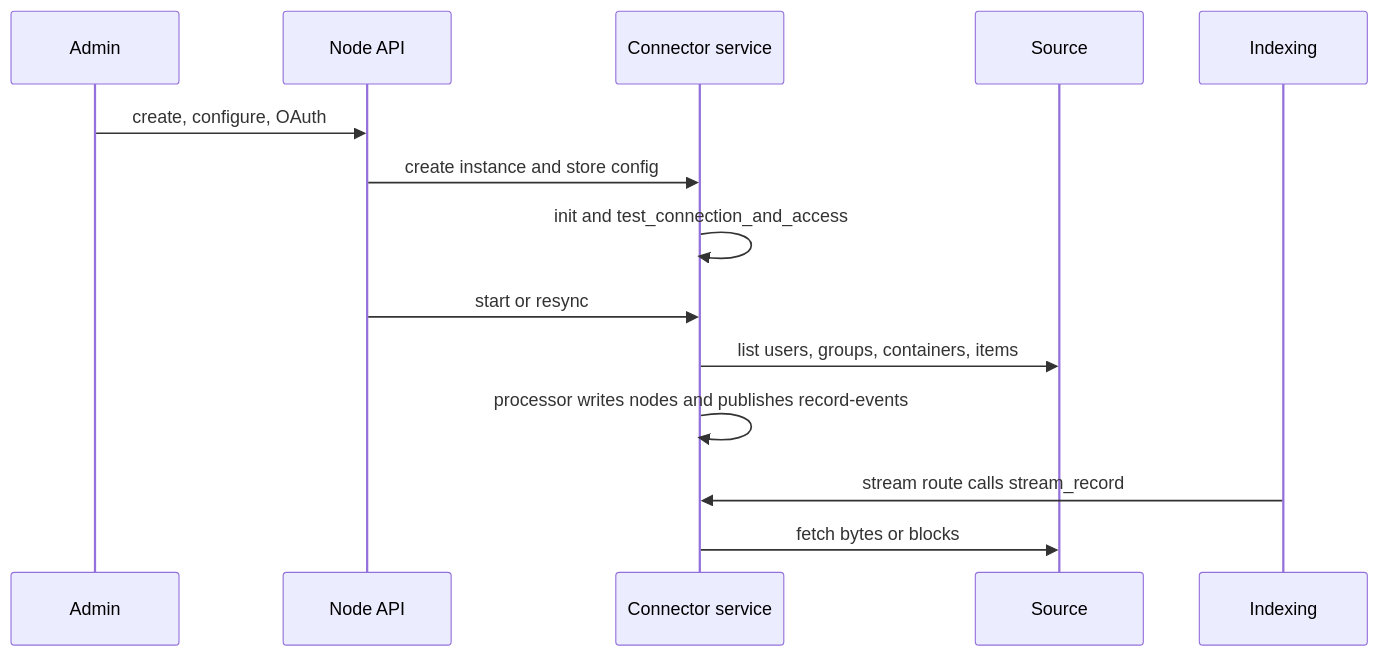
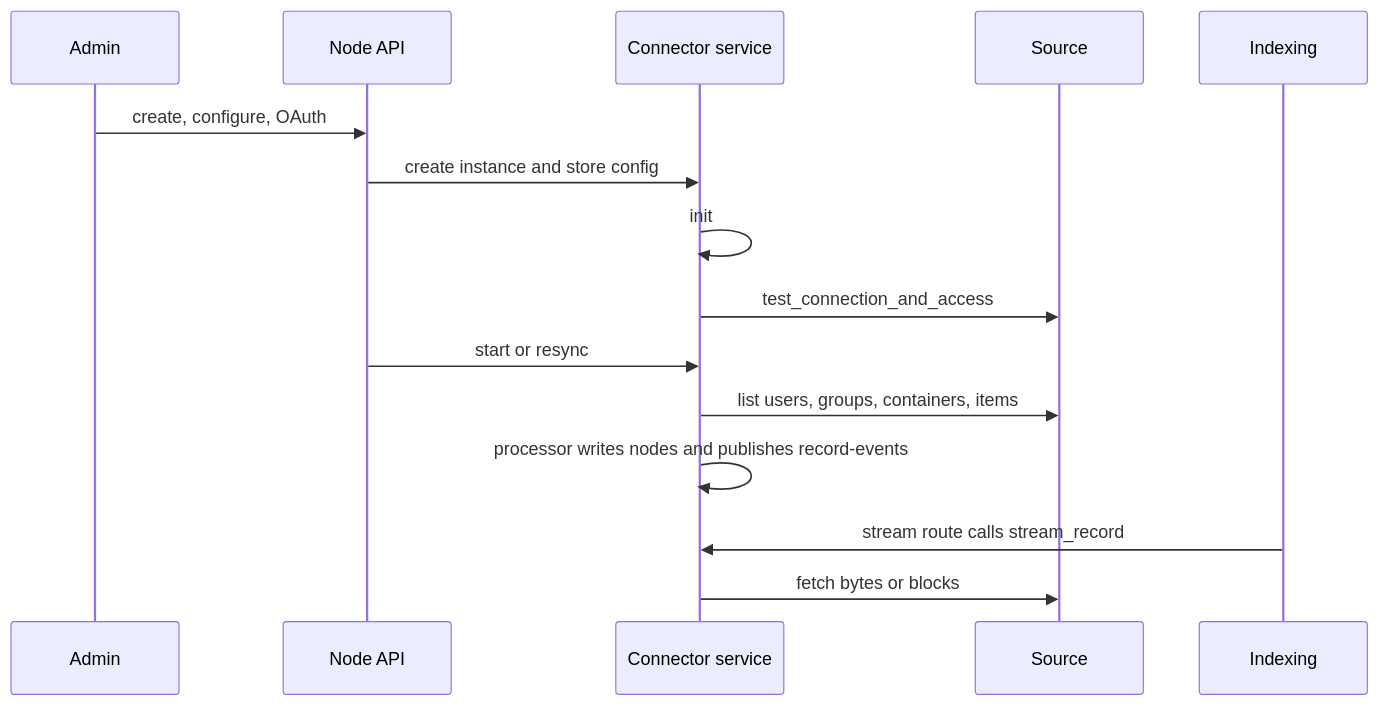
The second of 5 diagrams in docs/connectors/01-high-level-design.md (pipeshub-ai/pipeshub-ai), drawn with Mermaid before and after one commit. The commit also changed other lines of this file and 3 other files, not shown here.

````diff
--- a/docs/connectors/01-high-level-design.md
+++ b/docs/connectors/01-high-level-design.md
@@ -50,16 +50,17 @@
 ```mermaid
 sequenceDiagram
   participant Admin
   participant Node as Node API
   participant Conn as Connector service
   participant Src as Source
   participant Idx as Indexing
   Admin->>Node: create, configure, OAuth
   Node->>Conn: create instance and store config
-  Conn->>Conn: init and test_connection_and_access
+  Conn->>Conn: init
+  Conn->>Src: test_connection_and_access
   Node->>Conn: start or resync
   Conn->>Src: list users, groups, containers, items
   Conn->>Conn: processor writes nodes and publishes record-events
   Idx->>Conn: stream route calls stream_record
   Conn->>Src: fetch bytes or blocks
 ```
````
